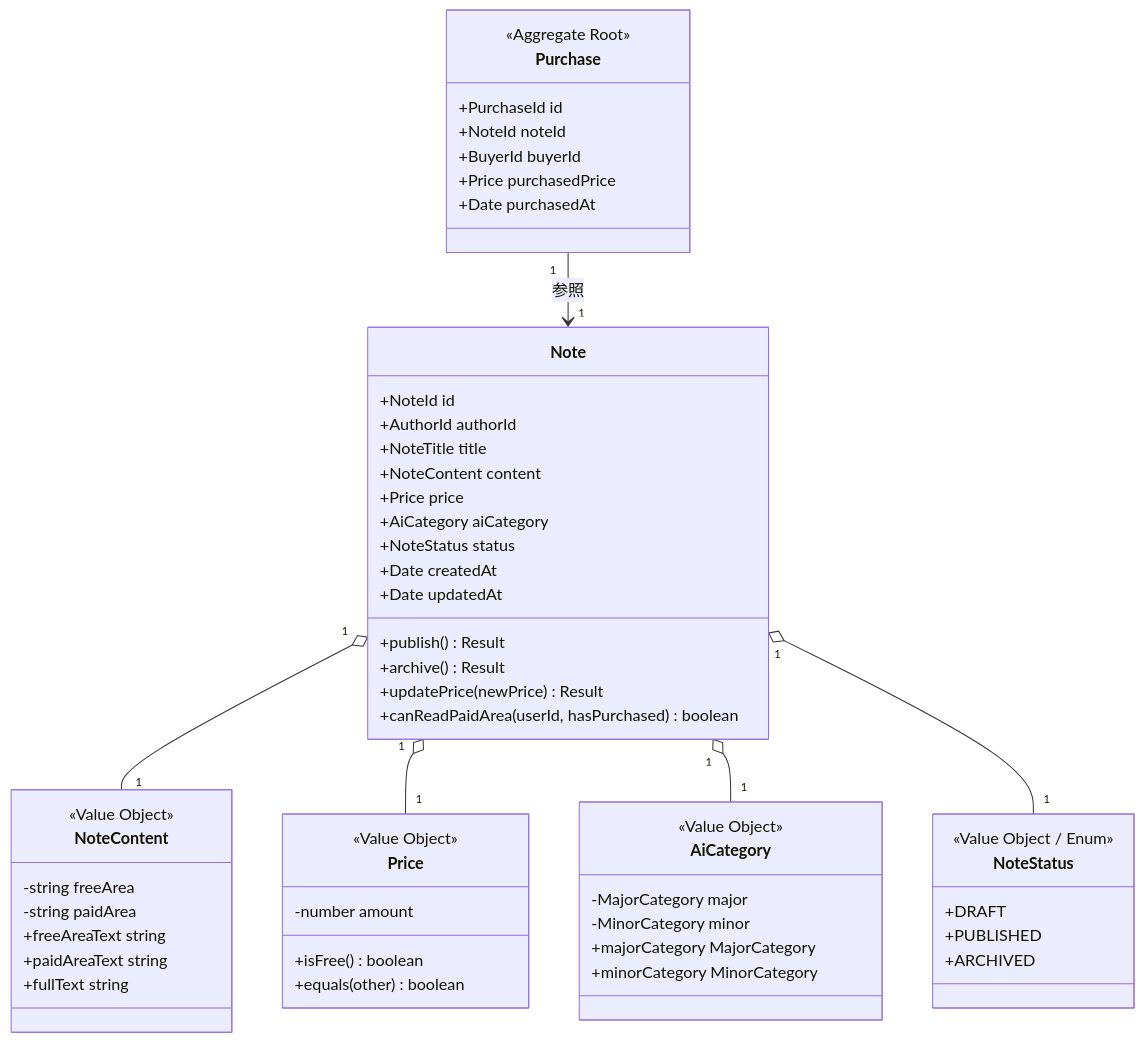
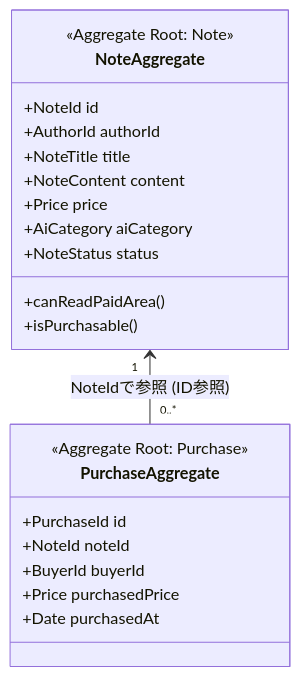
The diagram in docs/02-domain-models/overview.md (aracxk/ai-note-market), drawn with Mermaid before and after one commit. The commit also changed other lines of this file and 3 other files, not shown here.

````diff
--- a/docs/02-domain-models/overview.md
+++ b/docs/02-domain-models/overview.md
@@ -10,64 +12,26 @@
 ```mermaid
 classDiagram
-    class Note {
+    class NoteAggregate {
+        <<Aggregate Root: Note>>
         +NoteId id
         +AuthorId authorId
         +NoteTitle title
         +NoteContent content
         +Price price
         +AiCategory aiCategory
         +NoteStatus status
-        +Date createdAt
-        +Date updatedAt
-        +publish() Result
-        +archive() Result
-        +updatePrice(newPrice) Result
-        +canReadPaidArea(userId, hasPurchased) boolean
+        +canReadPaidArea()
+        +isPurchasable()
     }
 
-    class NoteContent {
-        <<Value Object>>
-        -string freeArea
-        -string paidArea
-        +freeAreaText string
-        +paidAreaText string
-        +fullText string
-    }
-
-    class Price {
-        <<Value Object>>
-        -number amount
-        +isFree() boolean
-        +equals(other) boolean
-    }
-
-    class AiCategory {
-        <<Value Object>>
-        -MajorCategory major
-        -MinorCategory minor
-        +majorCategory MajorCategory
-        +minorCategory MinorCategory
-    }
-
-    class NoteStatus {
-        <<Value Object / Enum>>
-        +DRAFT
-        +PUBLISHED
-        +ARCHIVED
-    }
-
-    class Purchase {
-        <<Aggregate Root>>
+    class PurchaseAggregate {
+        <<Aggregate Root: Purchase>>
         +PurchaseId id
         +NoteId noteId
         +BuyerId buyerId
         +Price purchasedPrice
         +Date purchasedAt
     }
 
-    Note "1" o-- "1" NoteContent
-    Note "1" o-- "1" Price
-    Note "1" o-- "1" AiCategory
-    Note "1" o-- "1" NoteStatus
-    Purchase "1" --> "1" Note : 参照
+    NoteAggregate "1" <-- "0..*" PurchaseAggregate : NoteIdで参照 (ID参照)
 ```
````
